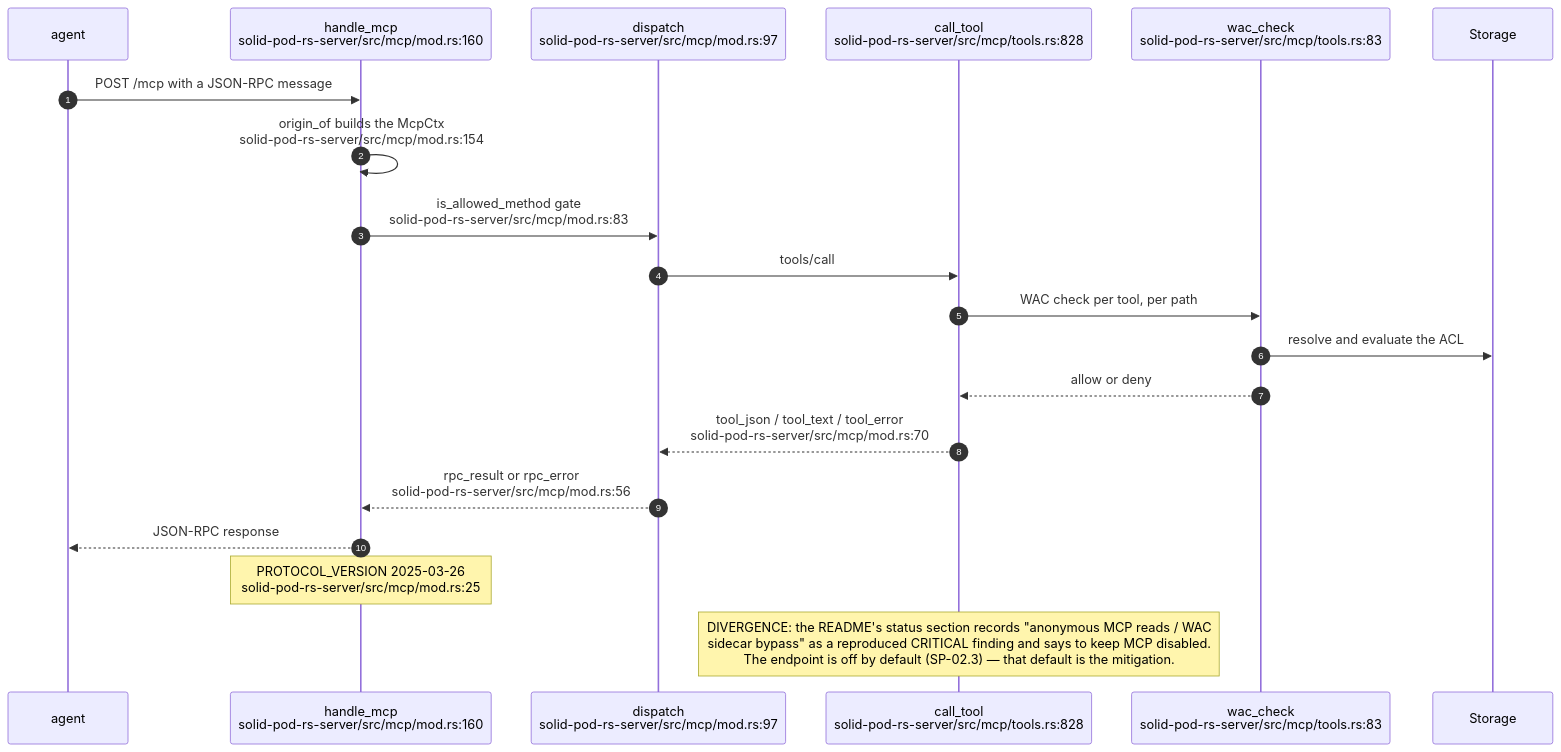
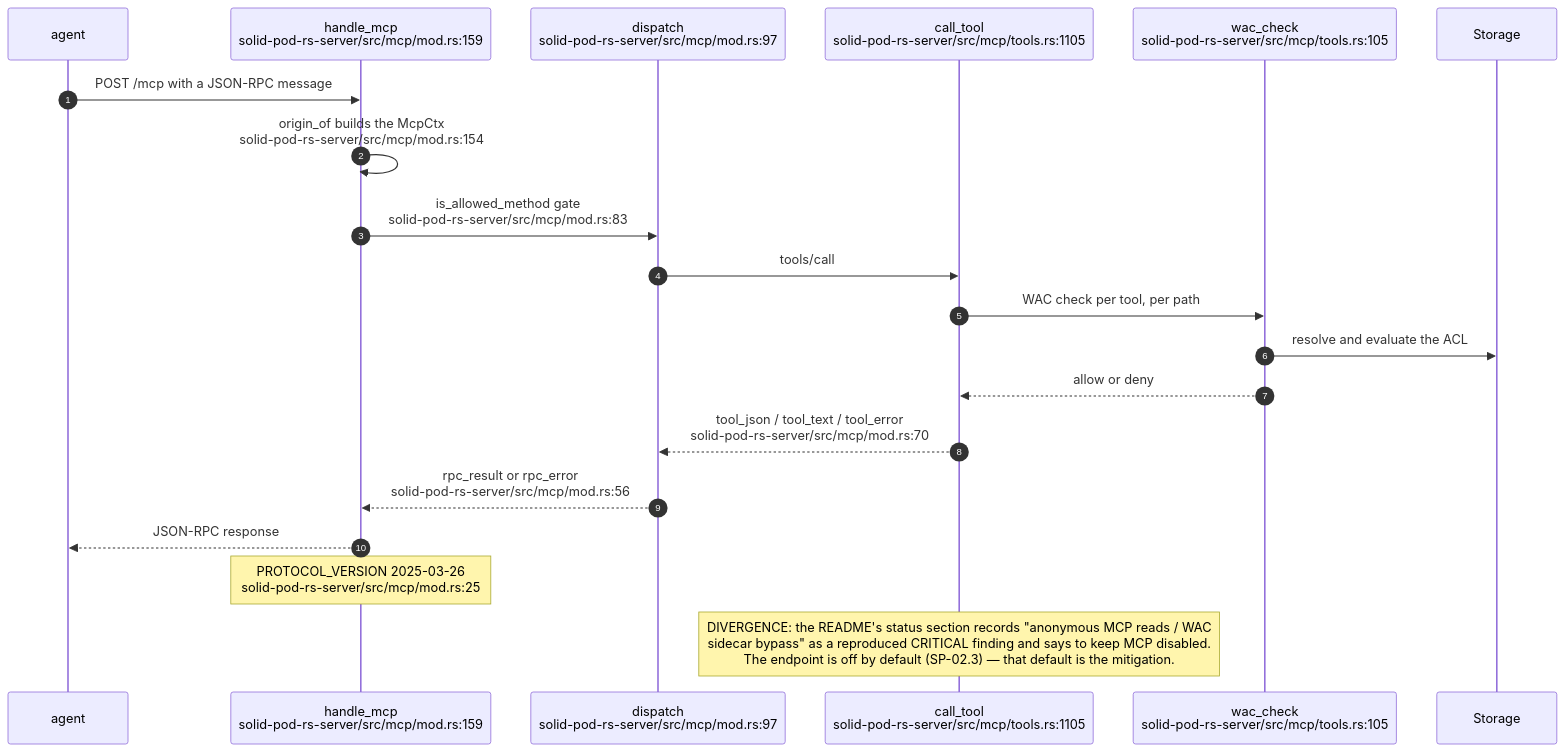
One commit to DreamLab-AI/VisionFlow changed diagram 13 of 17 in docs/diagrams/solid-pod-rs/08-federation-notifications-forge-mcp.md. Above: the diagram before and after it, drawn with Mermaid. The commit also changed other lines of this file and 160 other files, not shown here.

````diff
--- a/docs/diagrams/solid-pod-rs/08-federation-notifications-forge-mcp.md
+++ b/docs/diagrams/solid-pod-rs/08-federation-notifications-forge-mcp.md
@@ -398,24 +408,24 @@
 ```mermaid
 sequenceDiagram
     autonumber
     participant A as agent
-    participant H as handle_mcp<br/>solid-pod-rs-server/src/mcp/mod.rs:160
+    participant H as handle_mcp<br/>solid-pod-rs-server/src/mcp/mod.rs:159
     participant D as dispatch<br/>solid-pod-rs-server/src/mcp/mod.rs:97
-    participant T as call_tool<br/>solid-pod-rs-server/src/mcp/tools.rs:828
-    participant W as wac_check<br/>solid-pod-rs-server/src/mcp/tools.rs:83
+    participant T as call_tool<br/>solid-pod-rs-server/src/mcp/tools.rs:1105
+    participant W as wac_check<br/>solid-pod-rs-server/src/mcp/tools.rs:105
     participant S as Storage
 
     A->>H: POST /mcp with a JSON-RPC message
     H->>H: origin_of builds the McpCtx<br/>solid-pod-rs-server/src/mcp/mod.rs:154
     H->>D: is_allowed_method gate<br/>solid-pod-rs-server/src/mcp/mod.rs:83
     D->>T: tools/call
     T->>W: WAC check per tool, per path
     W->>S: resolve and evaluate the ACL
     W-->>T: allow or deny
     T-->>D: tool_json / tool_text / tool_error<br/>solid-pod-rs-server/src/mcp/mod.rs:70
     D-->>H: rpc_result or rpc_error<br/>solid-pod-rs-server/src/mcp/mod.rs:56
     H-->>A: JSON-RPC response
 
     Note over H: PROTOCOL_VERSION 2025-03-26<br/>solid-pod-rs-server/src/mcp/mod.rs:25
     Note over T: DIVERGENCE: the README's status section records "anonymous MCP reads / WAC<br/>sidecar bypass" as a reproduced CRITICAL finding and says to keep MCP disabled.<br/>The endpoint is off by default (SP-02.3) — that default is the mitigation.
 ```
````
